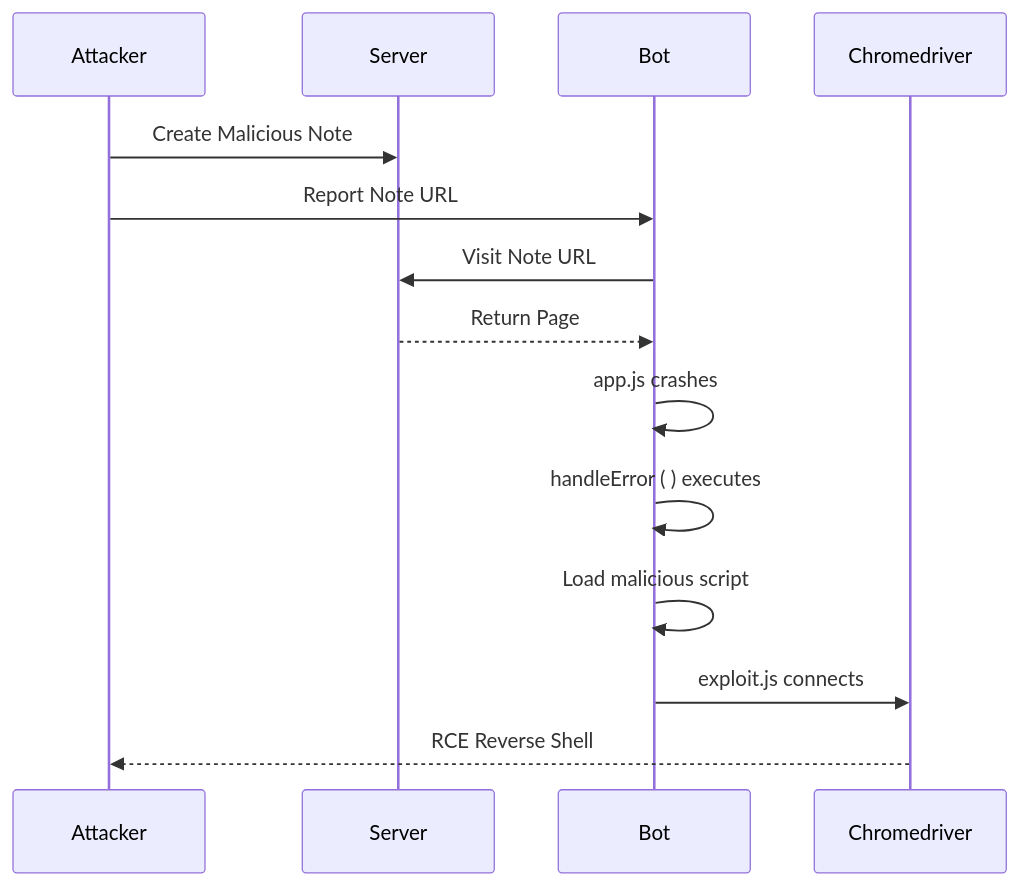
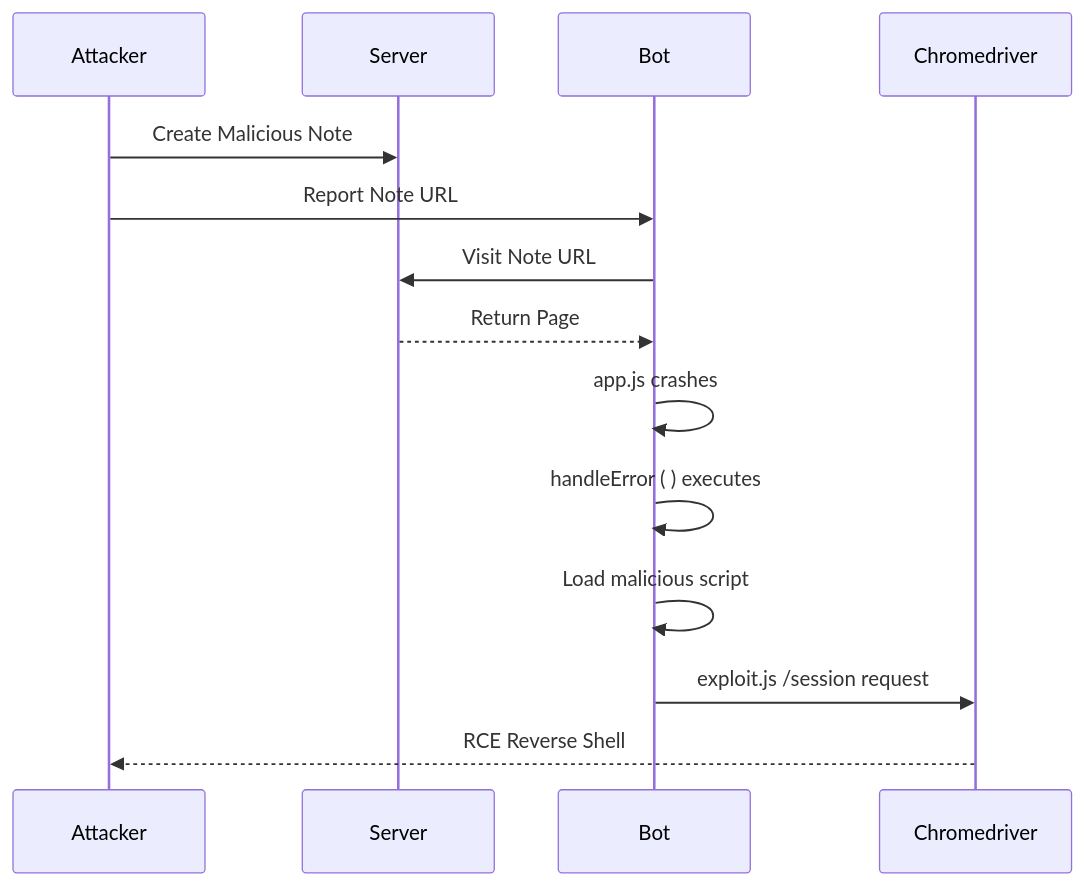
The diagram in src/content/posts/uoftctf-2026-pasteboard/index.md (esTse/estse.github.io), drawn with Mermaid before and after one commit.

Commit message:
Diagrams

```diff
--- a/src/content/posts/uoftctf-2026-pasteboard/index.md
+++ b/src/content/posts/uoftctf-2026-pasteboard/index.md
@@ -177,16 +177,16 @@
 <div class="mermaid">
 sequenceDiagram
     participant Attacker
     participant Server
     participant Bot
     participant Chromedriver
     Attacker->>Server: Create Malicious Note
     Attacker->>Bot: Report Note URL
     Bot->>Server: Visit Note URL
     Server-->>Bot: Return Page
     Bot->>Bot: app.js crashes
     Bot->>Bot: handleError ( ) executes
     Bot->>Bot: Load malicious script
-    Bot->>Chromedriver: exploit.js connects
+    Bot->>Chromedriver: exploit.js /session request
     Chromedriver-->>Attacker: RCE Reverse Shell
 </div>
```
